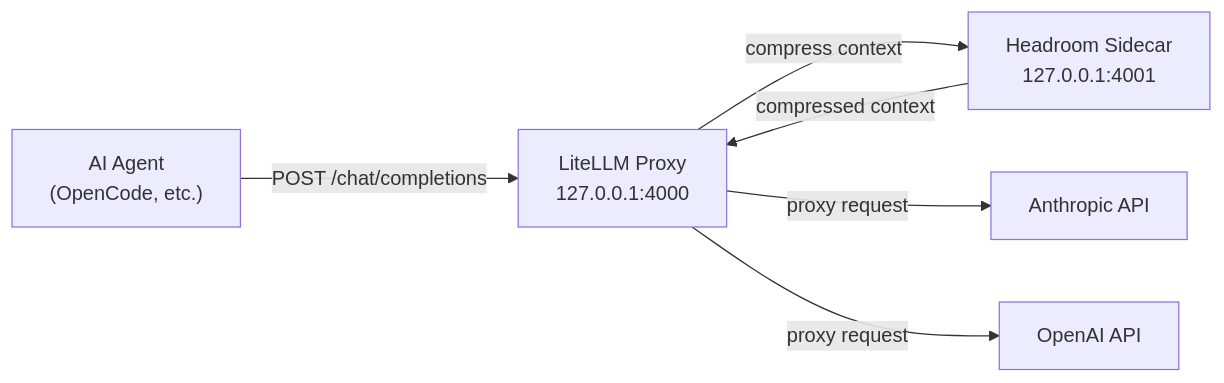
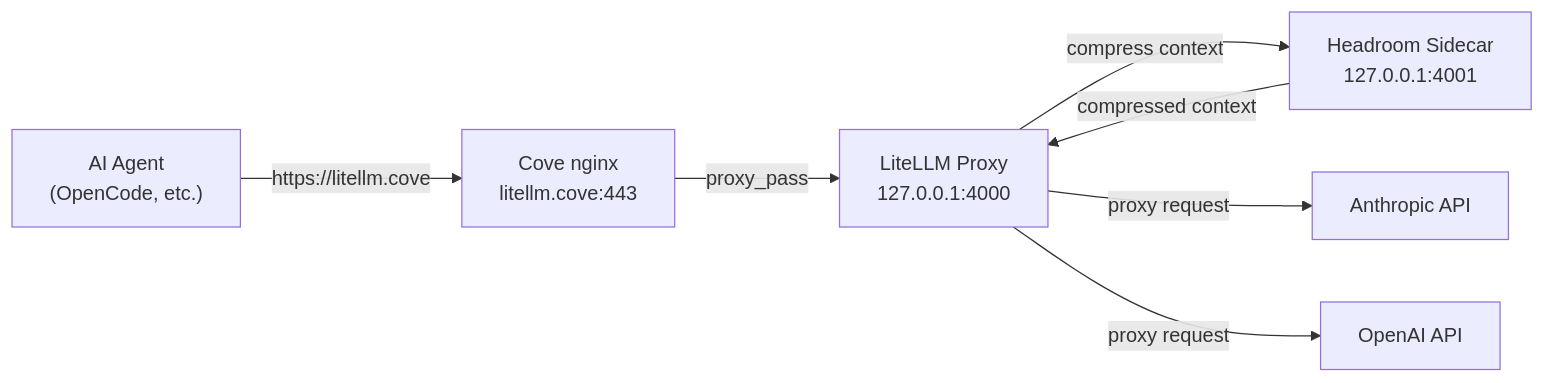
One commit to cristoslc/cove changed the diagram in docs/litellm-proxy.md. Above: the diagram before and after it, drawn with Mermaid. The commit also changed other lines of this file and 6 other files, not shown here.

Commit message:
fix: integrate litellm into cove stack — nginx ingress, TLS SANs, hosts, profiles, status checks, .cove FQDN

````diff
--- a/docs/litellm-proxy.md
+++ b/docs/litellm-proxy.md
@@ -75,14 +75,16 @@
 ```mermaid
 flowchart LR
     Agent["AI Agent\n(OpenCode, etc.)"]
+    Nginx["Cove nginx\nlitellm.cove:443"]
     Proxy["LiteLLM Proxy\n127.0.0.1:4000"]
     Headroom["Headroom Sidecar\n127.0.0.1:4001"]
     Anthropic["Anthropic API"]
     OpenAI["OpenAI API"]
 
-    Agent -->|POST /chat/completions| Proxy
+    Agent -->|https://litellm.cove| Nginx
+    Nginx -->|proxy_pass| Proxy
     Proxy -->|compress context| Headroom
     Proxy -->|proxy request| Anthropic
     Proxy -->|proxy request| OpenAI
     Headroom -->|compressed context| Proxy
 ```
````
